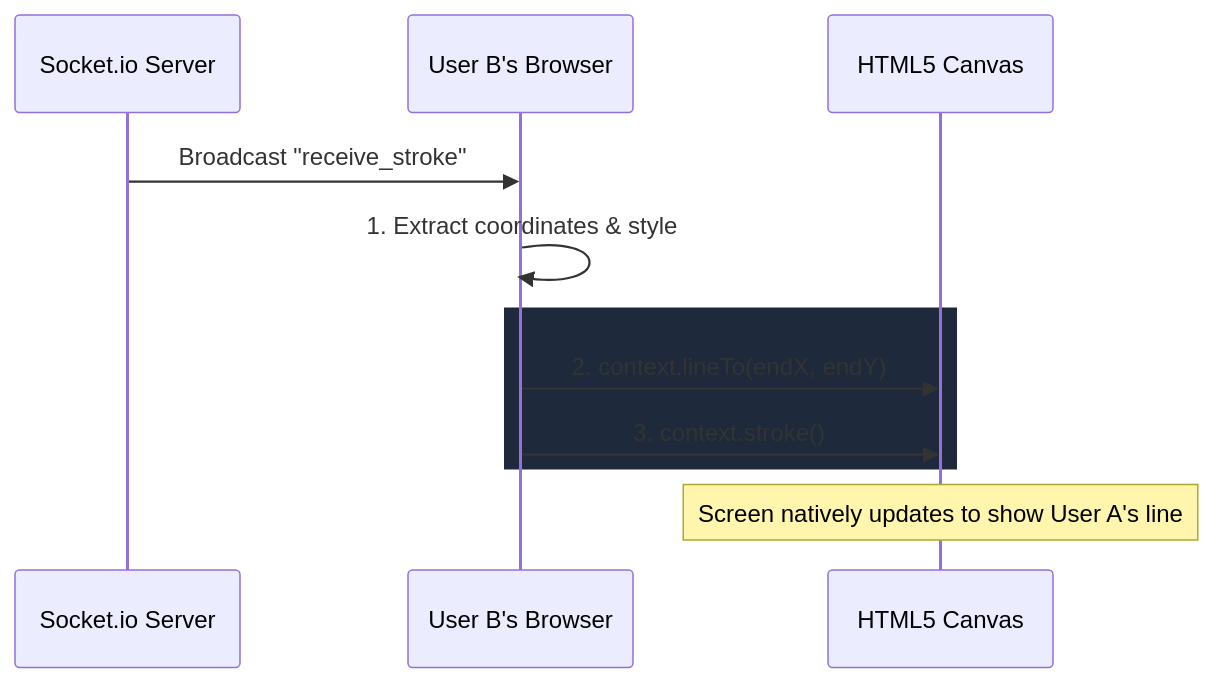
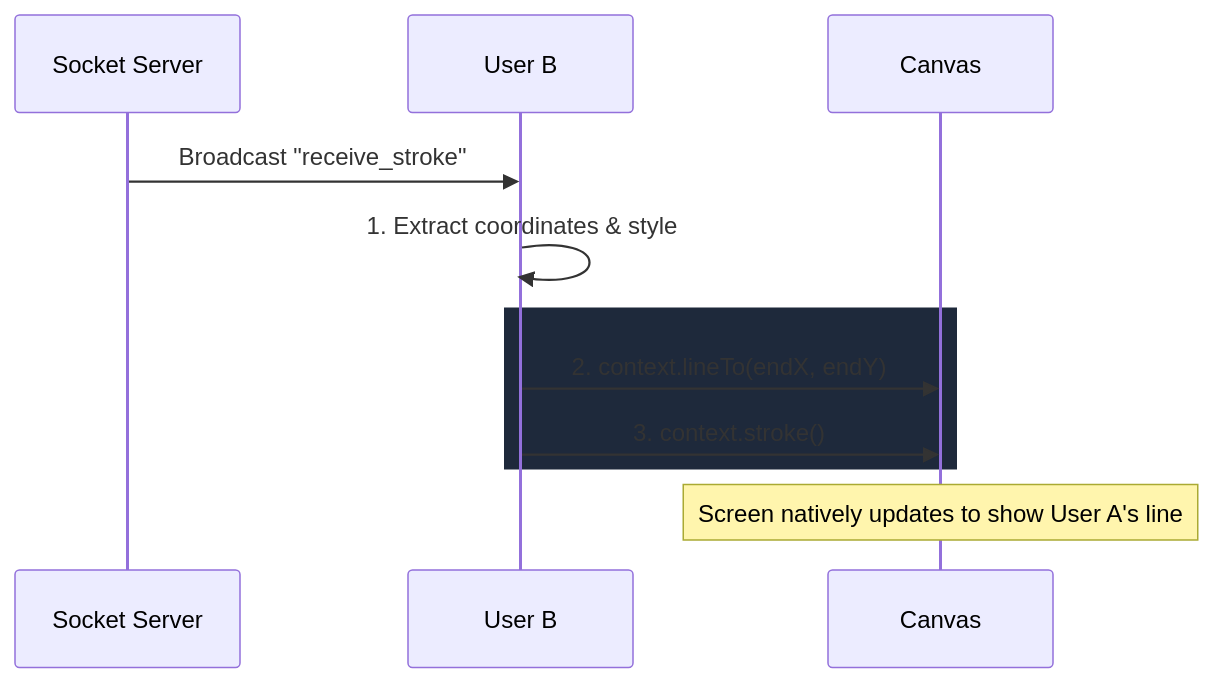
The third of 5 diagrams in docs/architecture_data_flow.md (prem22k/Online-Collaborative-Whiteboard), drawn with Mermaid before and after one commit. The commit also changed other lines of this file, not shown here.

Commit message:
docs: simplify Mermaid participant labels in architecture doc

````diff
--- a/docs/architecture_data_flow.md
+++ b/docs/architecture_data_flow.md
@@ -63,16 +63,16 @@
 ```mermaid
 sequenceDiagram
-    participant S as Socket.io Server
-    participant B as User B's Browser
-    participant C as HTML5 Canvas
+    participant S as Socket Server
+    participant B as User B
+    participant C as Canvas
 
     S->>B: Broadcast "receive_stroke"
     B->>B: 1. Extract coordinates & style
     
     rect rgb(30, 41, 59)
     B->>C: 2. context.lineTo(endX, endY)
     B->>C: 3. context.stroke()
     end
     
     Note over C: Screen natively updates to show User A's line
 ```
````
